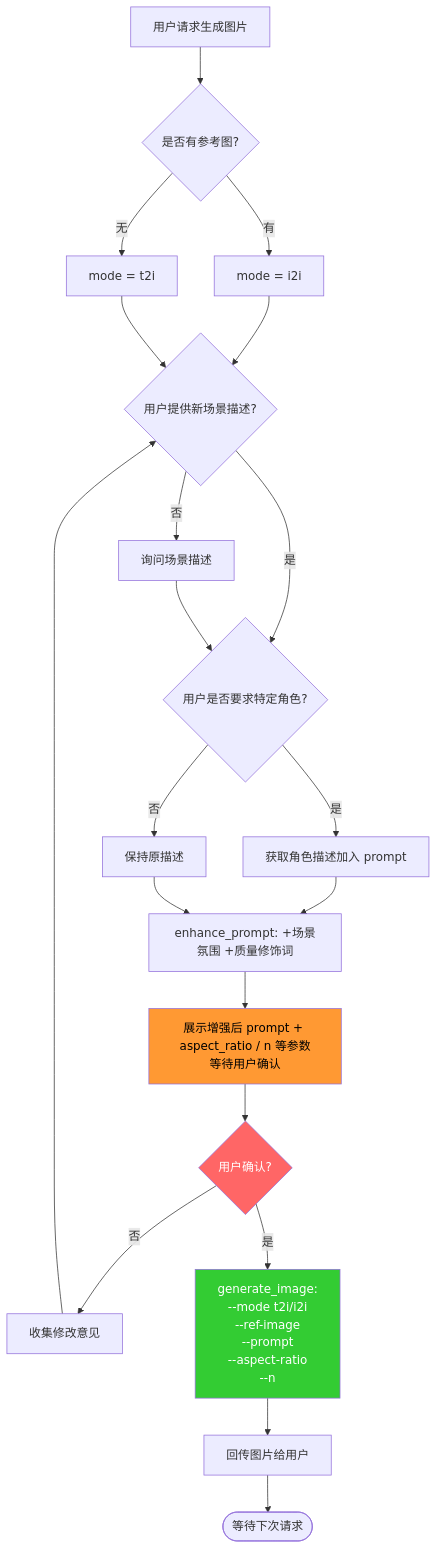
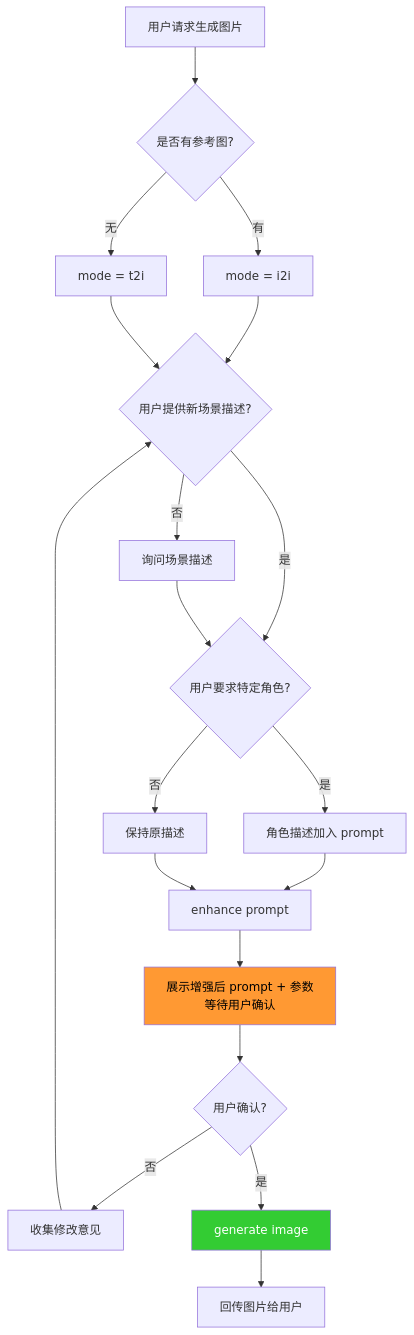
The diagram in image/SKILL.md (HuaiminHuang/personal-skills-for-openclaw), drawn with Mermaid before and after one commit. The commit also changed other lines of this file and 6 other files, not shown here.

````diff
--- a/image/SKILL.md
+++ b/image/SKILL.md
@@ -10,36 +26,23 @@
 ```mermaid
 flowchart TD
     A[用户请求生成图片] --> B{"是否有参考图?"}
-
     B -->|有| C["mode = i2i"]
     B -->|无| D["mode = t2i"]
-
     C --> E{"用户提供新场景描述?"}
     D --> E
-
     E -->|否| F[询问场景描述]
-    E -->|是| G{"用户是否要求特定角色?"}
-
+    E -->|是| G{"用户要求特定角色?"}
     F --> G
-    G -->|是| H[获取角色描述加入 prompt]
+    G -->|是| H[角色描述加入 prompt]
     G -->|否| I[保持原描述]
-
-    H --> J["enhance_prompt: +场景氛围 +质量修饰词"]
+    H --> J["enhance prompt"]
     I --> J
-
-    J --> K["展示增强后 prompt + aspect_ratio / n 等参数\n等待用户确认"]
-
+    J --> K["展示增强后 prompt + 参数\n等待用户确认"]
     K --> L{"用户确认?"}
-
     L -->|否| M[收集修改意见]
     M --> E
-    L -->|是| N["generate_image:\n--mode t2i/i2i\n--ref-image\n--prompt\n--aspect-ratio\n--n"]
-
+    L -->|是| N[generate image]
     N --> O[回传图片给用户]
-
-    O --> Q([等待下次请求])
-
     style K fill:#ff9933,color:#000
-    style L fill:#ff6666,color:#fff
     style N fill:#33cc33,color:#fff
 ```
````
